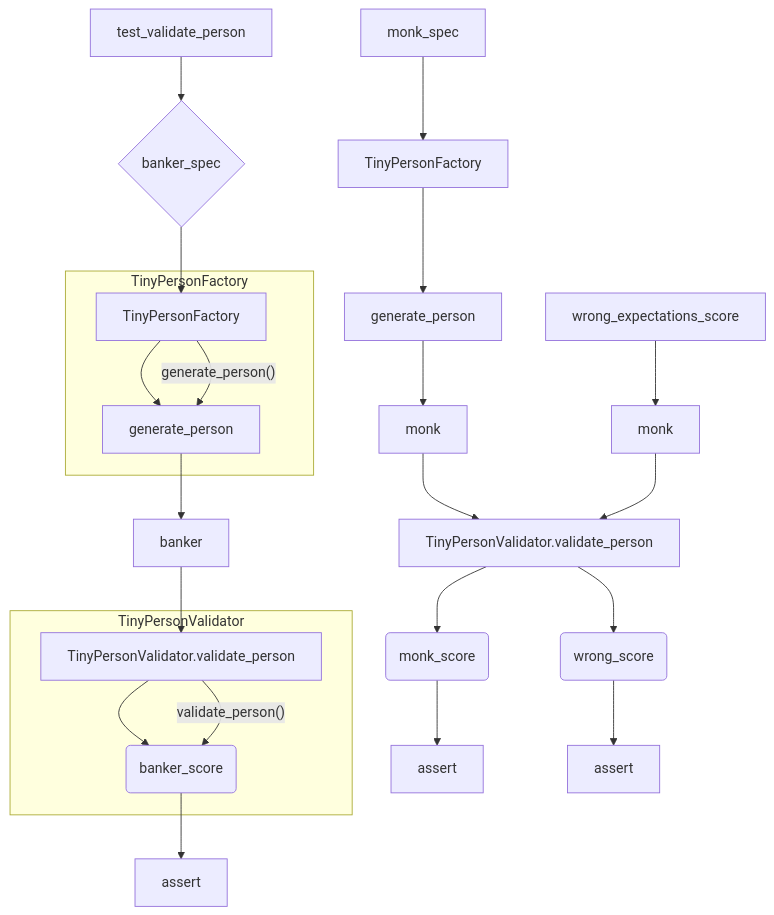
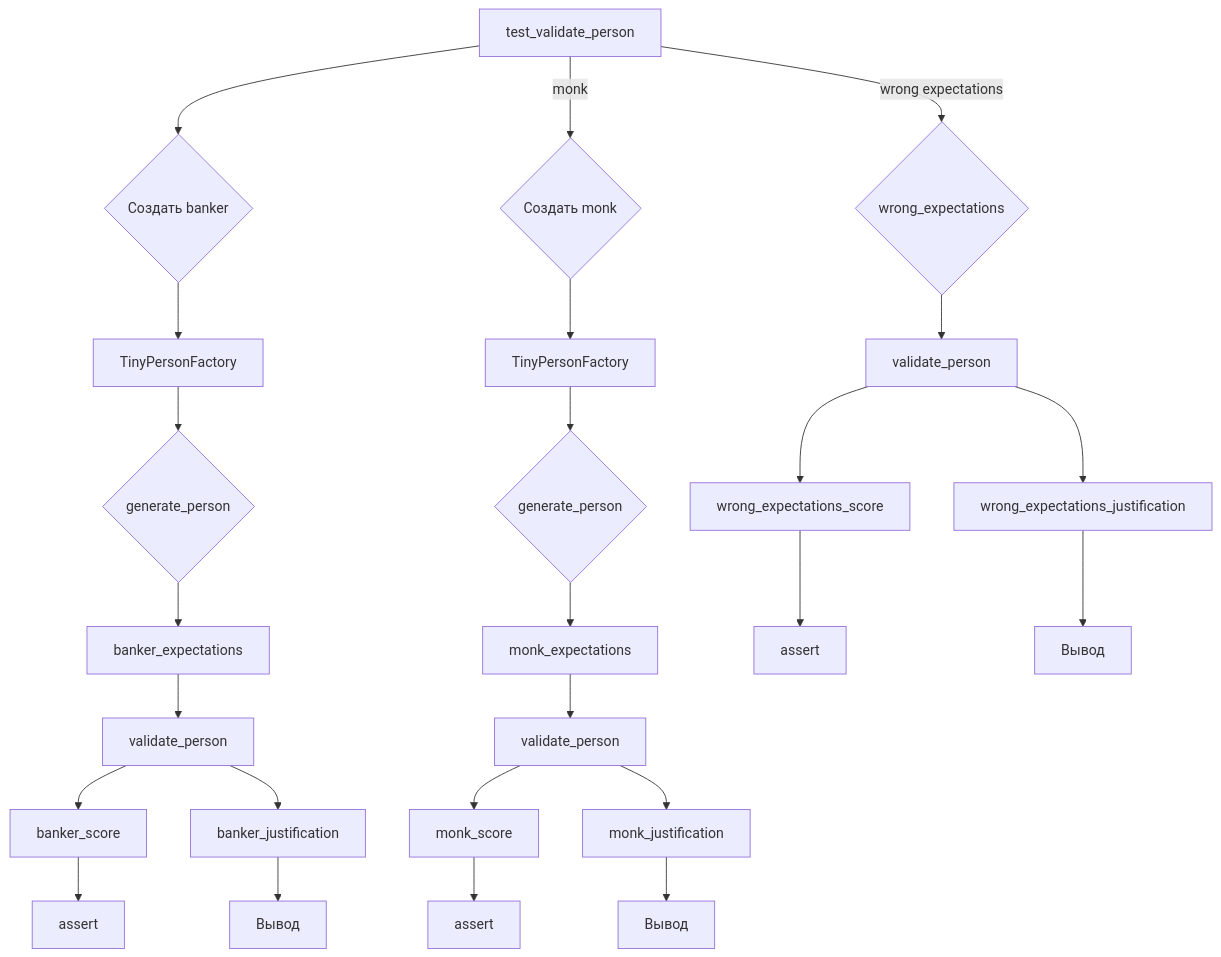
One commit to hypo69/hypo changed the diagram in docs/gemini/ru/explainer/src/ai/tiny_troupe/TinyTroupe/tests/unit/test_validation.md. Above: the diagram before and after it, drawn with Mermaid. The commit also changed other lines of this file and 632 other files, not shown here.

````diff
--- a/docs/gemini/ru/explainer/src/ai/tiny_troupe/TinyTroupe/tests/unit/test_validation.md
+++ b/docs/gemini/ru/explainer/src/ai/tiny_troupe/TinyTroupe/tests/unit/test_validation.md
@@ -115,32 +110,29 @@
 ```mermaid
 graph TD
-    A[test_validate_person] --> B{banker_spec};
+    A[test_validate_person] --> B{Создать banker};
     B --> C[TinyPersonFactory];
-    C --> D[generate_person];
-    D --> E[banker];
-    E --> F[TinyPersonValidator.validate_person];
-    F --> G(banker_score);
-    G --> H[assert];
+    C --> D{generate_person};
+    D --> E[banker_expectations];
+    E --> F[validate_person];
+    F --> G[banker_score];
+    F --> H[banker_justification];
+    G --> I[assert];
+    H --> J[Вывод];
     
-    I[monk_spec] --> J[TinyPersonFactory];
-    J --> K[generate_person];
-    K --> L[monk];
-    L --> M[TinyPersonValidator.validate_person];
-    M --> N(monk_score);
-    N --> O[assert];
-
+    A -- monk --> K{Создать monk};
+    K --> L[TinyPersonFactory];
+    L --> M{generate_person};
+    M --> N[monk_expectations];
+    N --> O[validate_person];
+    O --> P[monk_score];
+    O --> Q[monk_justification];
+    P --> R[assert];
+    Q --> S[Вывод];
     
-    P[wrong_expectations_score] --> Q[monk];
-    Q --> M;
-    M --> R(wrong_score);
-    R --> S[assert];
-    
-    
-    subgraph TinyPersonFactory
-        C -- generate_person() --> D;
-    end
-    
-    subgraph TinyPersonValidator
-        F -- validate_person() --> G;
-    end
+    A -- wrong expectations --> T{wrong_expectations};
+    T --> U[validate_person];
+    U --> V[wrong_expectations_score];
+    U --> W[wrong_expectations_justification];
+    V --> X[assert];
+    W --> Y[Вывод];
 ```
````
